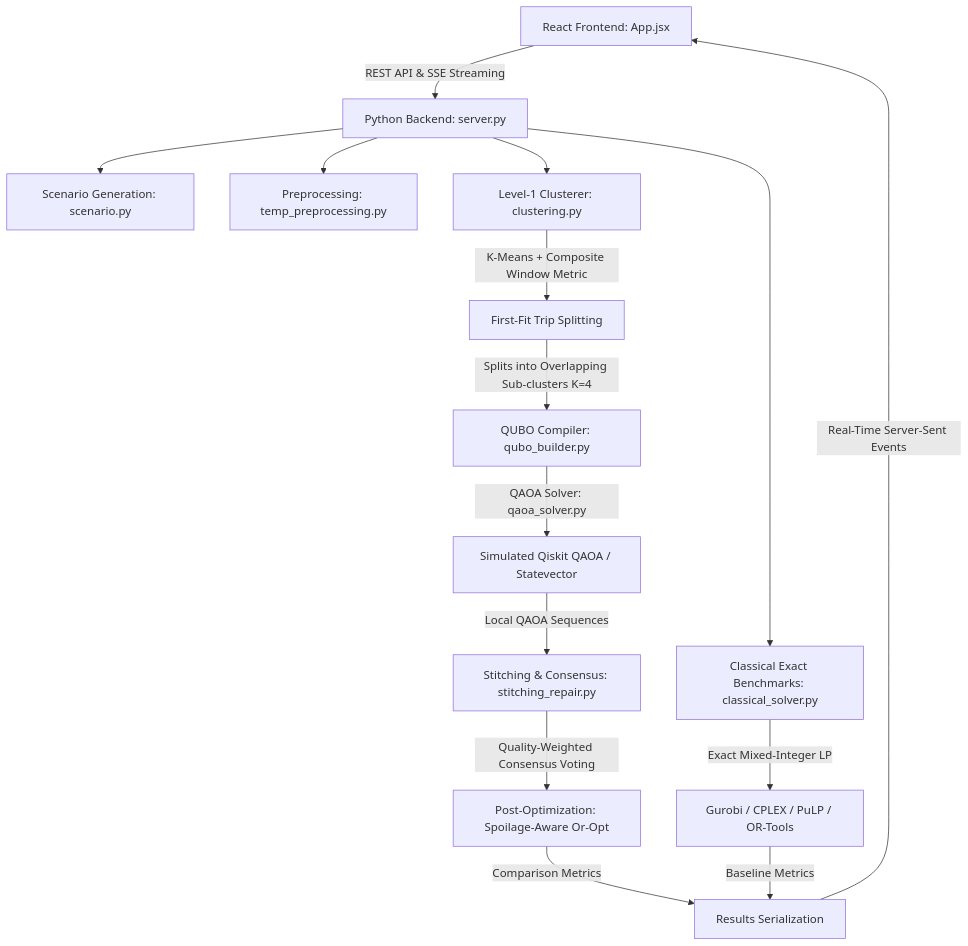
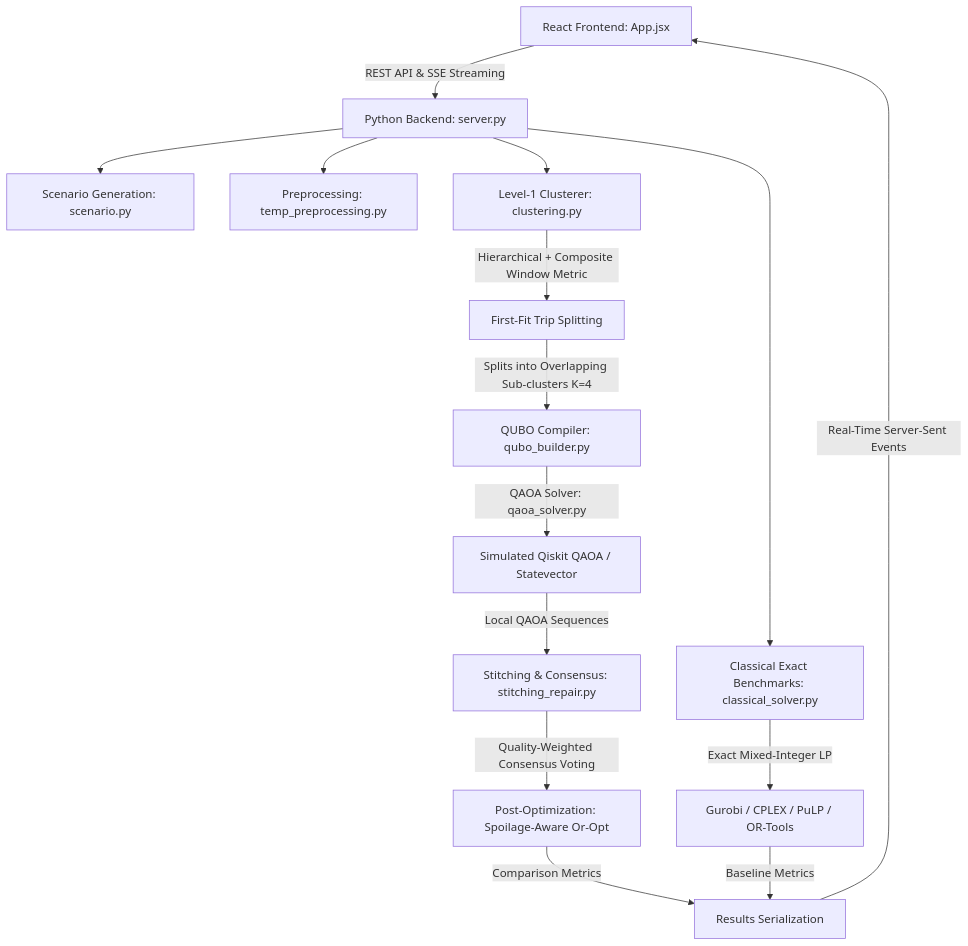
Before and after one commit to saransrinivaas/Hybrid-approach-ColdChainVRP: the diagram in Hybrid-approach-ColdChainVRP/README.md, drawn with Mermaid. The commit also changed other lines of this file and 2 other files, not shown here.

Commit message:
docs: Update clustering terminology from K-Means to Hierarchical Agglomerative Clustering in docs

````diff
--- a/Hybrid-approach-ColdChainVRP/README.md
+++ b/Hybrid-approach-ColdChainVRP/README.md
@@ -225,21 +225,21 @@
 ```mermaid
 graph TD
     A[React Frontend: App.jsx] -->|REST API & SSE Streaming| B[Python Backend: server.py]
     B --> C[Scenario Generation: scenario.py]
     B --> D[Preprocessing: temp_preprocessing.py]
     B --> E[Level-1 Clusterer: clustering.py]
     
-    E -->|K-Means + Composite Window Metric| F[First-Fit Trip Splitting]
+    E -->|Hierarchical + Composite Window Metric| F[First-Fit Trip Splitting]
     F -->|Splits into Overlapping Sub-clusters K=4| G[QUBO Compiler: qubo_builder.py]
     G -->|QAOA Solver: qaoa_solver.py| H[Simulated Qiskit QAOA / Statevector]
     
     H -->|Local QAOA Sequences| I[Stitching & Consensus: stitching_repair.py]
     I -->|Quality-Weighted Consensus Voting| J[Post-Optimization: Spoilage-Aware Or-Opt]
     
     B --> K[Classical Exact Benchmarks: classical_solver.py]
     K -->|Exact Mixed-Integer LP| L[Gurobi / CPLEX / PuLP / OR-Tools]
     
     J -->|Comparison Metrics| M[Results Serialization]
     L -->|Baseline Metrics| M
     M -->|Real-Time Server-Sent Events| A
 ```
````
